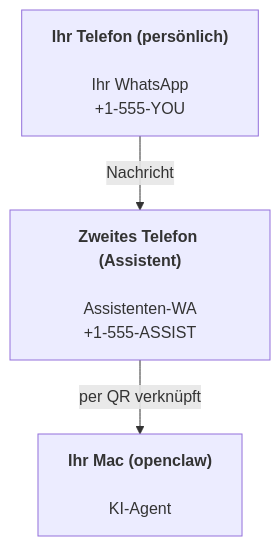
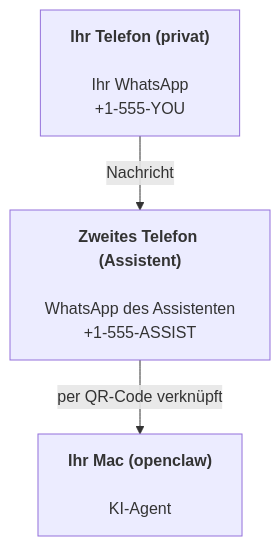
The diagram in openclaw-docs/de/start/openclaw.md (is0383kk/ai-docs-sync-workflow), drawn with Mermaid before and after one commit. The commit also changed other lines of this file and 11096 other files, not shown here.

````diff
--- a/openclaw-docs/de/start/openclaw.md
+++ b/openclaw-docs/de/start/openclaw.md
@@ -37,5 +37,5 @@
 ```mermaid
 flowchart TB
-    A["<b>Ihr Telefon (persönlich)<br></b><br>Ihr WhatsApp<br>+1-555-YOU"] -- Nachricht --> B["<b>Zweites Telefon (Assistent)<br></b><br>Assistenten-WA<br>+1-555-ASSIST"]
-    B -- per QR verknüpft --> C["<b>Ihr Mac (openclaw)<br></b><br>KI-Agent"]
+    A["<b>Ihr Telefon (privat)<br></b><br>Ihr WhatsApp<br>+1-555-YOU"] -- Nachricht --> B["<b>Zweites Telefon (Assistent)<br></b><br>WhatsApp des Assistenten<br>+1-555-ASSIST"]
+    B -- per QR-Code verknüpft --> C["<b>Ihr Mac (openclaw)<br></b><br>KI-Agent"]
 ```
````
